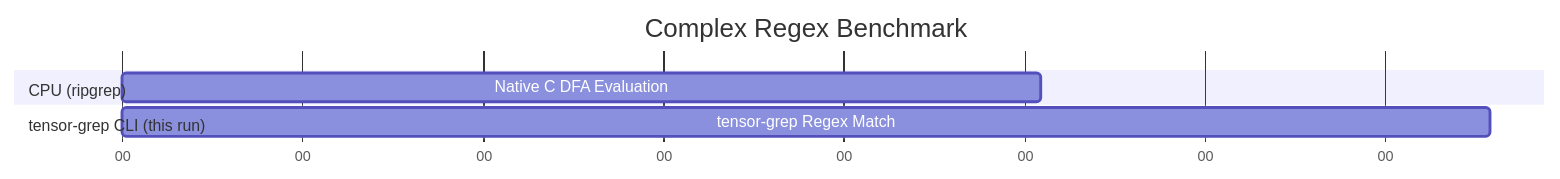
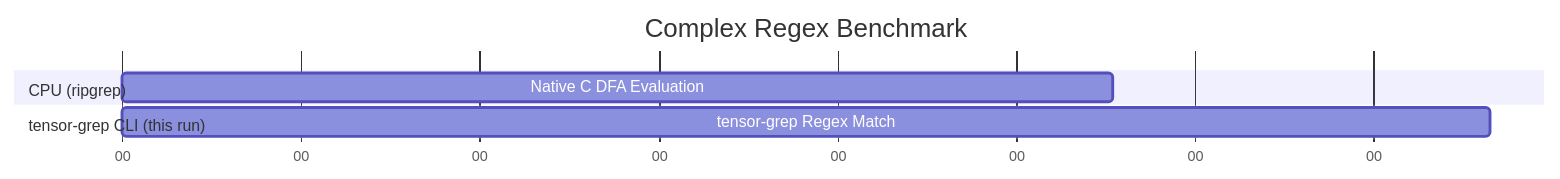
The second of 3 diagrams in docs/PAPER.md (oimiragieo/tensor-grep), drawn with Mermaid before and after one commit. The commit also changed other lines of this file and 11 other files, not shown here.

````diff
--- a/docs/PAPER.md
+++ b/docs/PAPER.md
@@ -99,12 +99,12 @@
 ```mermaid
 gantt
     title Complex Regex Benchmark
     dateFormat  s
     axisFormat %S
     
     section CPU (ripgrep)
-    Native C DFA Evaluation :a1, 0, 0.509s
+    Native C DFA Evaluation :a1, 0, 0.554s
     
     section tensor-grep CLI (this run)
-    tensor-grep Regex Match :a2, 0, 0.758s
+    tensor-grep Regex Match :a2, 0, 0.765s
 ```
````
